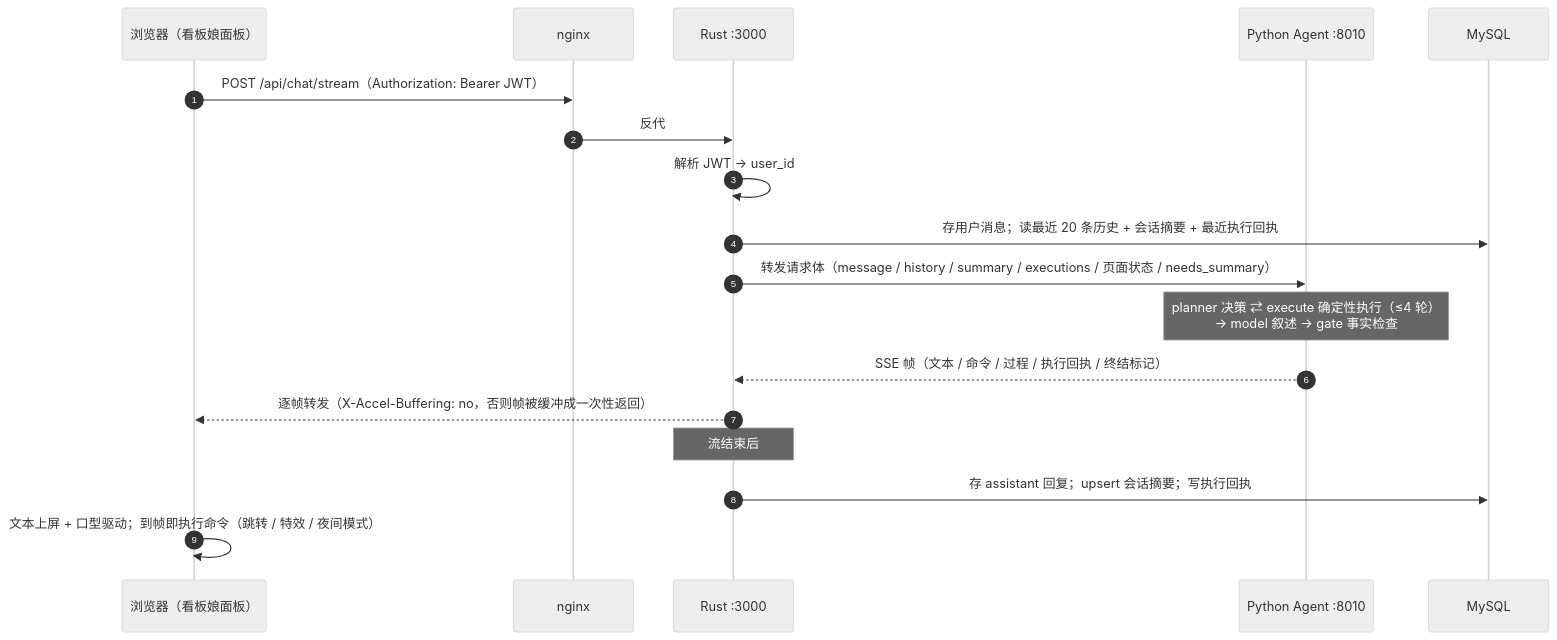
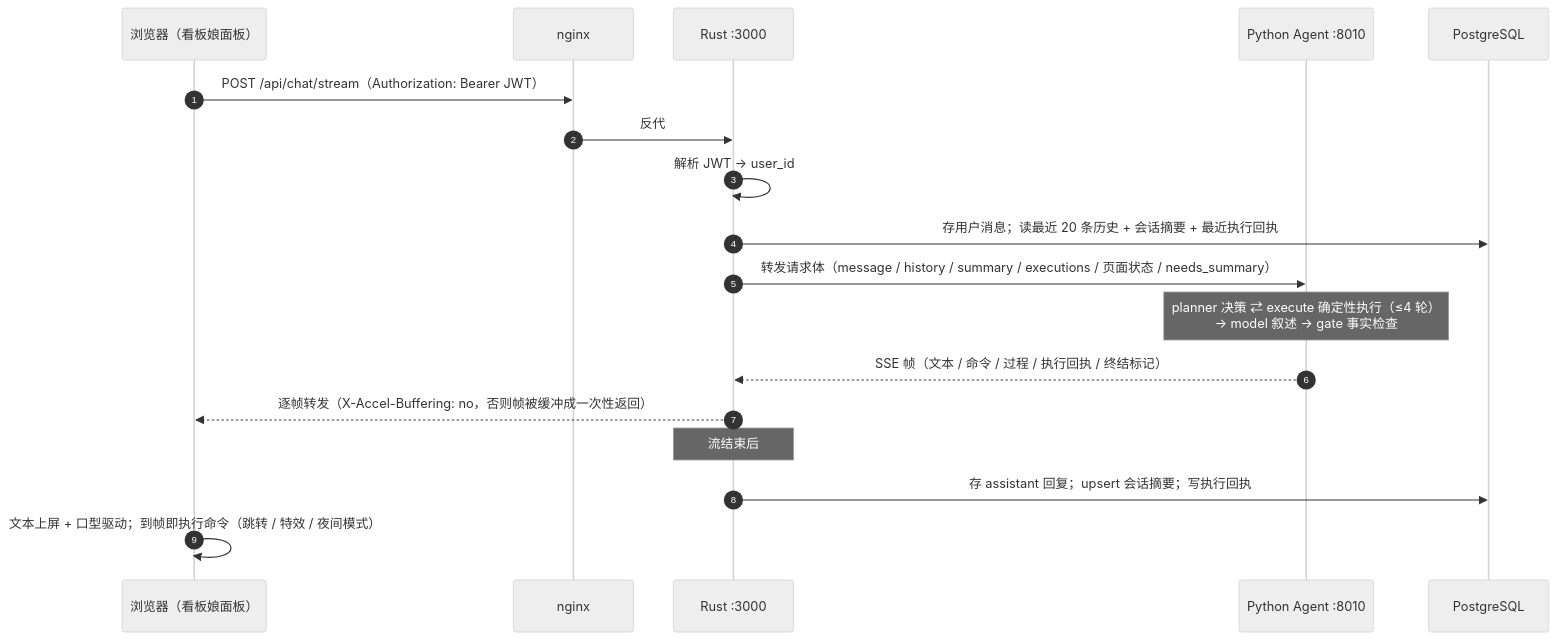
One commit to BigLeopardCat/Saudade-Blog changed the second of 3 diagrams in README.md. Above: the diagram before and after it, drawn with Mermaid (neutral theme). The commit also changed other lines of this file and 31 other files, not shown here.

````diff
--- a/README.md
+++ b/README.md
@@ -130,21 +130,21 @@
 ```mermaid
 sequenceDiagram
     autonumber
     participant B as 浏览器（看板娘面板）
     participant N as nginx
     participant R as Rust :3000
     participant A as Python Agent :8010
-    participant DB as MySQL
+    participant DB as PostgreSQL
 
     B->>N: POST /api/chat/stream（Authorization: Bearer JWT）
     N->>R: 反代
     R->>R: 解析 JWT → user_id
     R->>DB: 存用户消息；读最近 20 条历史 + 会话摘要 + 最近执行回执
     R->>A: 转发请求体（message / history / summary / executions / 页面状态 / needs_summary）
     Note over A: planner 决策 ⇄ execute 确定性执行（≤4 轮）<br/>→ model 叙述 → gate 事实检查
     A-->>R: SSE 帧（文本 / 命令 / 过程 / 执行回执 / 终结标记）
     R-->>B: 逐帧转发（X-Accel-Buffering: no，否则帧被缓冲成一次性返回）
     Note over R: 流结束后
     R->>DB: 存 assistant 回复；upsert 会话摘要；写执行回执
     B->>B: 文本上屏 + 口型驱动；到帧即执行命令（跳转 / 特效 / 夜间模式）
 ```
````
